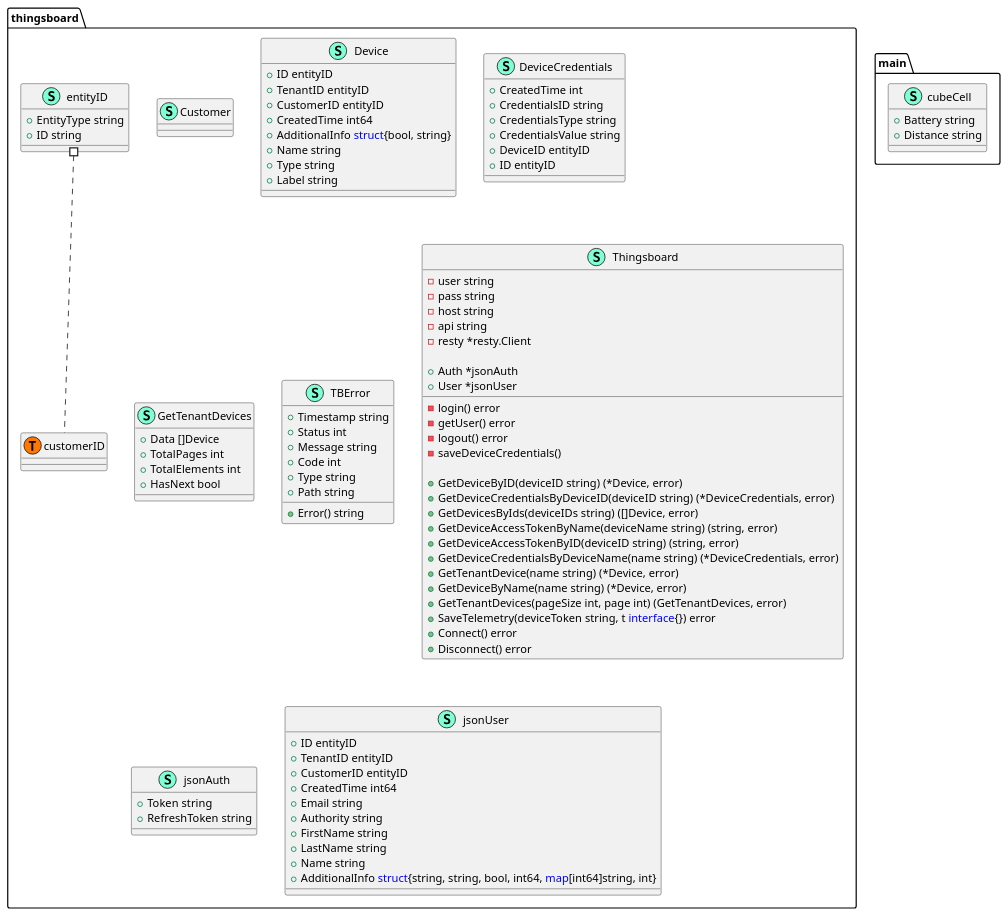
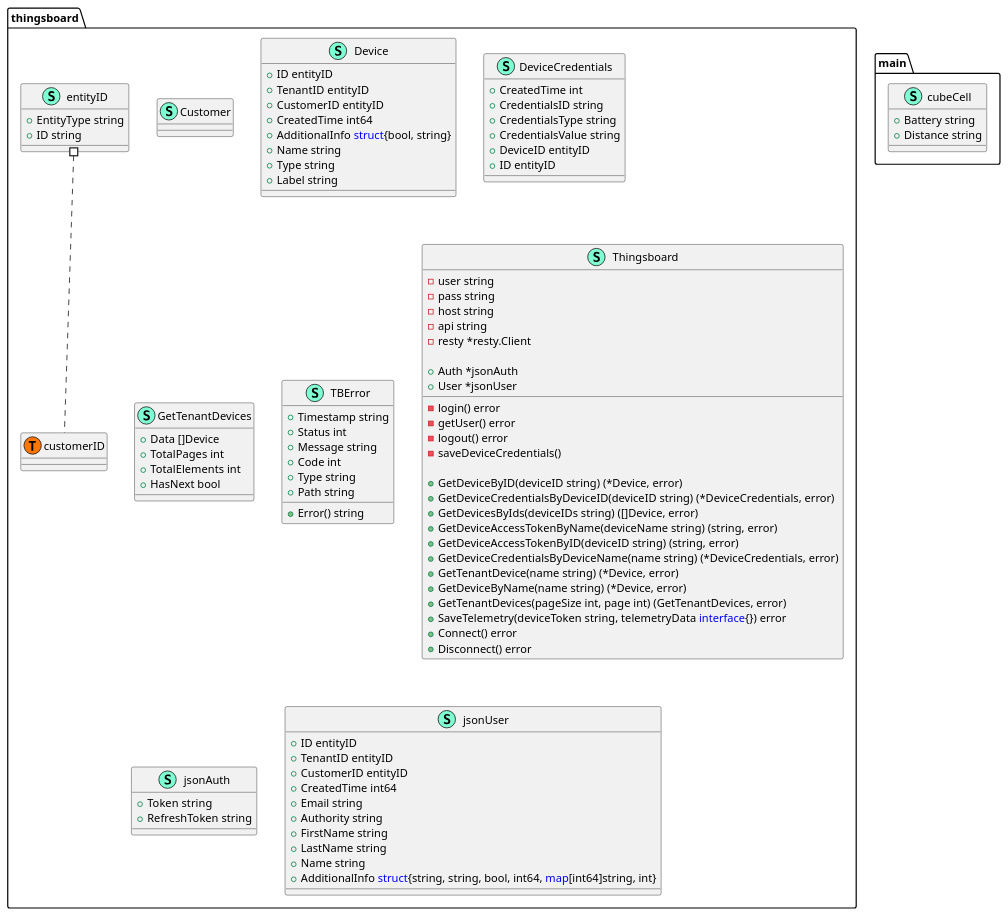
The diagram in DIAGRAM.md (ASENASystem/thingsboard), drawn with PlantUML before and after one commit. The commit also changed 3 other files, not shown here.

```diff
--- a/DIAGRAM.md
+++ b/DIAGRAM.md
@@ -74,7 +74,7 @@
         + GetTenantDevice(name string) (*Device, error)
         + GetDeviceByName(name string) (*Device, error)
         + GetTenantDevices(pageSize int, page int) (GetTenantDevices, error)
-        + SaveTelemetry(deviceToken string, t <font color=blue>interface</font>{}) error
+        + SaveTelemetry(deviceToken string, telemetryData <font color=blue>interface</font>{}) error
         + Connect() error
         + Disconnect() error
 
```
